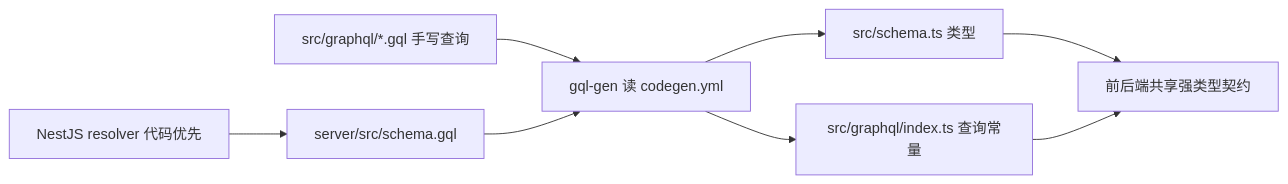
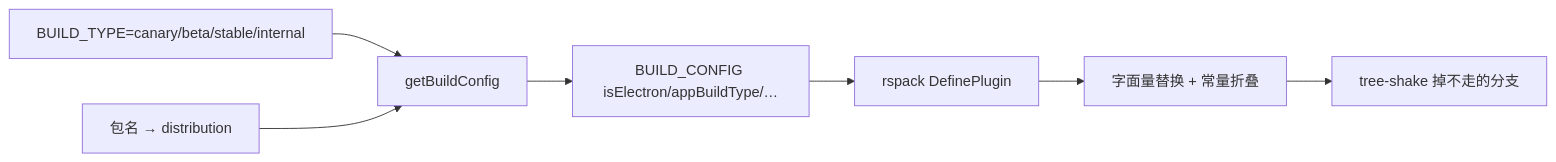
The third of 3 diagrams in learning-guide/slides/decks/10.md (lfire/AFFiNE), drawn with Mermaid before and after one commit. The commit also changed other lines of this file and 46 other files, not shown here.

````diff
--- a/learning-guide/slides/decks/10.md
+++ b/learning-guide/slides/decks/10.md
@@ -370,10 +213,9 @@
 ```mermaid
 flowchart LR
-  R["NestJS resolver 代码优先"] --> S["server/src/schema.gql"]
-  Q["src/graphql/*.gql 手写查询"] --> G["gql-gen 读 codegen.yml"]
-  S --> G
-  G --> T["src/schema.ts 类型"]
-  G --> E["src/graphql/index.ts 查询常量"]
-  T --> FE[前后端共享强类型契约]
-  E --> FE
+  ENV["BUILD_TYPE=canary/beta/stable/internal"] --> GC["getBuildConfig"]
+  PKG["包名 → distribution"] --> GC
+  GC --> CFG["BUILD_CONFIG isElectron/appBuildType/…"]
+  CFG --> DP["rspack DefinePlugin"]
+  DP --> LIT["字面量替换 + 常量折叠"]
+  LIT --> TS["tree-shake 掉不走的分支"]
 ```
````
